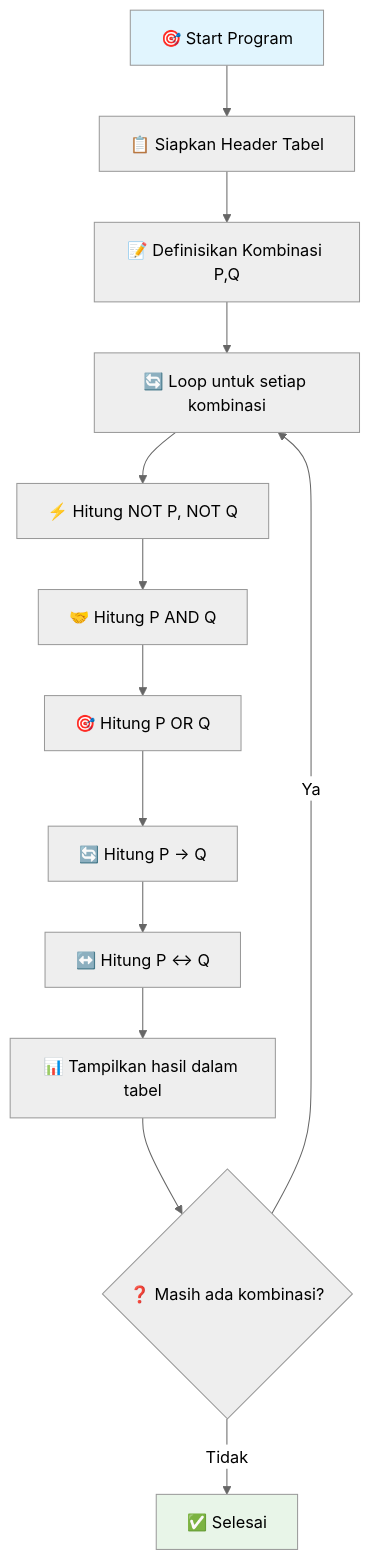
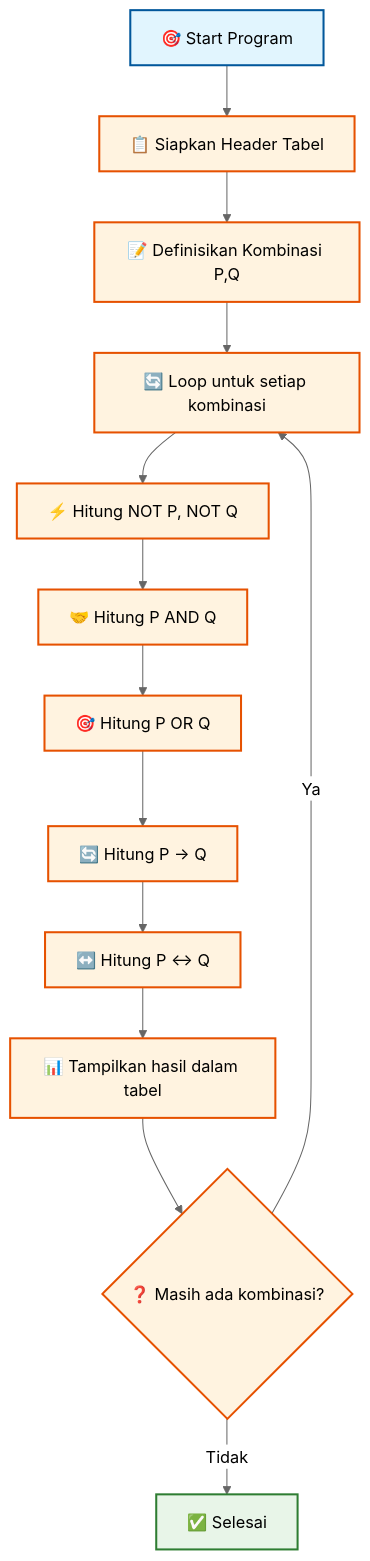
Before and after one commit to antonprafanto/logikamatematika: the sixth of 7 diagrams in pertemuan2.md, drawn with Mermaid (neutral theme). The commit also changed other lines of this file, not shown here.

````diff
--- a/pertemuan2.md
+++ b/pertemuan2.md
@@ -426,18 +426,28 @@
 ```mermaid
 flowchart TD
     A[🎯 Start Program] --> B[📋 Siapkan Header Tabel]
     B --> C[📝 Definisikan Kombinasi P,Q]
     C --> D[🔄 Loop untuk setiap kombinasi]
     D --> E[⚡ Hitung NOT P, NOT Q]
     E --> F[🤝 Hitung P AND Q]
     F --> G[🎯 Hitung P OR Q]
     G --> H[🔄 Hitung P → Q]
     H --> I[↔️ Hitung P ↔ Q]
     I --> J[📊 Tampilkan hasil dalam tabel]
     J --> K{❓ Masih ada kombinasi?}
     K -->|Ya| D
     K -->|Tidak| L[✅ Selesai]
     
-    style A fill:#e1f5fe
-    style L fill:#e8f5e8
+    style A fill:#e1f5fe,stroke:#01579b,stroke-width:2px,color:#000
+    style B fill:#fff3e0,stroke:#e65100,stroke-width:2px,color:#000
+    style C fill:#fff3e0,stroke:#e65100,stroke-width:2px,color:#000
+    style D fill:#fff3e0,stroke:#e65100,stroke-width:2px,color:#000
+    style E fill:#fff3e0,stroke:#e65100,stroke-width:2px,color:#000
+    style F fill:#fff3e0,stroke:#e65100,stroke-width:2px,color:#000
+    style G fill:#fff3e0,stroke:#e65100,stroke-width:2px,color:#000
+    style H fill:#fff3e0,stroke:#e65100,stroke-width:2px,color:#000
+    style I fill:#fff3e0,stroke:#e65100,stroke-width:2px,color:#000
+    style J fill:#fff3e0,stroke:#e65100,stroke-width:2px,color:#000
+    style K fill:#fff3e0,stroke:#e65100,stroke-width:2px,color:#000
+    style L fill:#e8f5e8,stroke:#2e7d32,stroke-width:2px,color:#000
 ```
````
